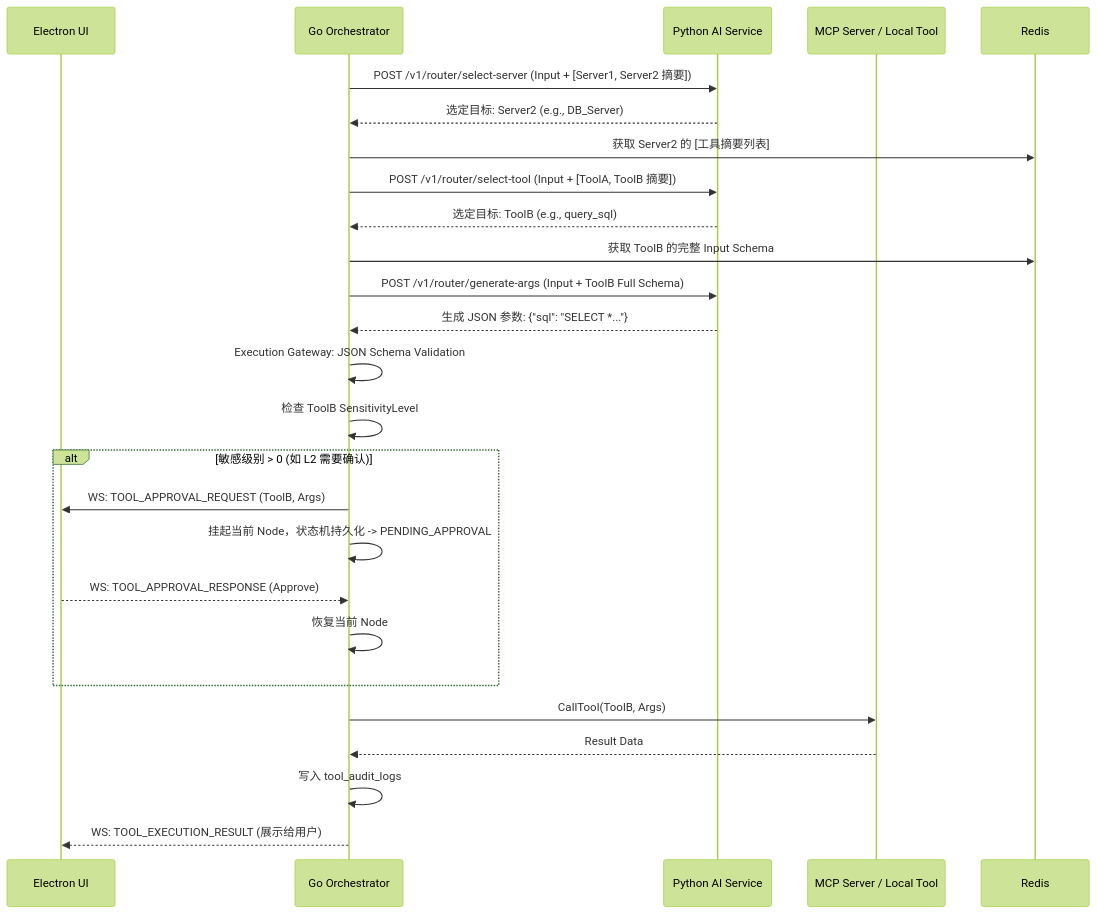
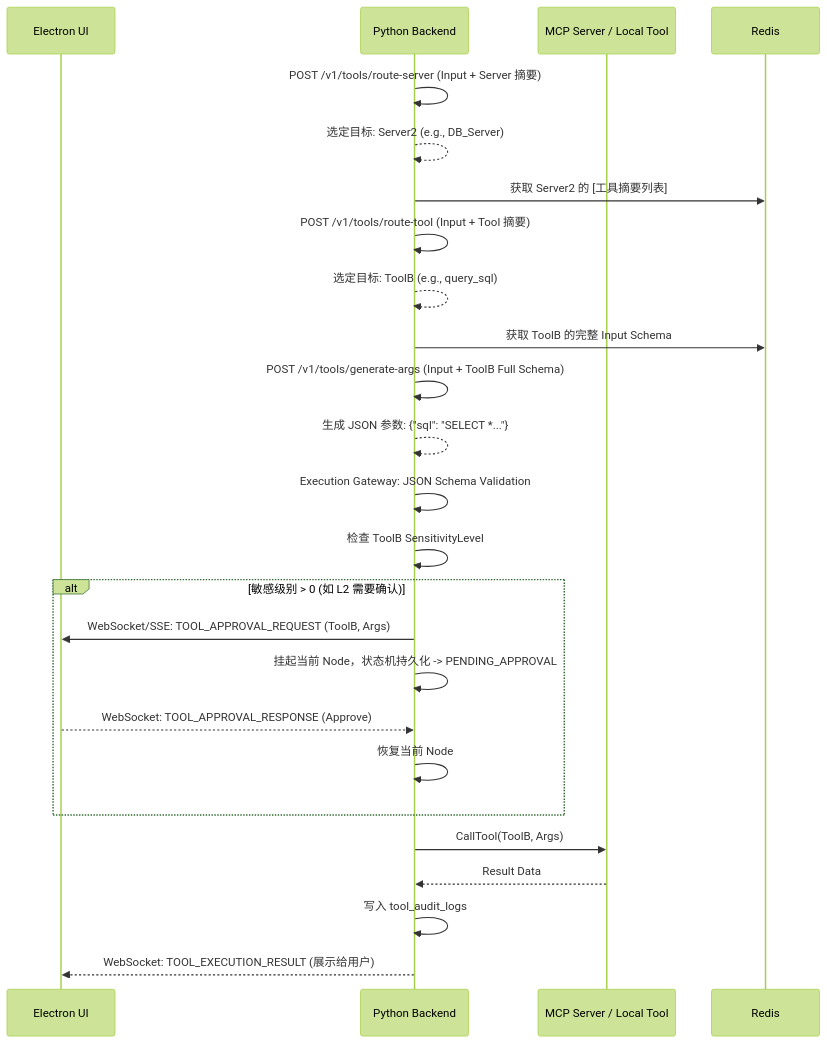
One commit to xie480/Luna-AI changed the second of 2 diagrams in backend/docs/system/工具协议与 MCP 能力接入方案.md. Above: the diagram before and after it, drawn with Mermaid (forest theme). The commit also changed other lines of this file and 14 other files, not shown here.

````diff
--- a/backend/docs/system/工具协议与 MCP 能力接入方案.md
+++ b/backend/docs/system/工具协议与 MCP 能力接入方案.md
@@ -113,38 +114,37 @@
 ```mermaid
 sequenceDiagram
     participant UI as Electron UI
-    participant Go as Go Orchestrator
-    participant Py as Python AI Service
+    participant Py as Python Backend
     participant MCP as MCP Server / Local Tool
 
     %% 阶段一：领域路由
-    Go->>Py: POST /v1/router/select-server (Input + [Server1, Server2 摘要])
-    Py-->>Go: 选定目标: Server2 (e.g., DB_Server)
+    Py->>Py: POST /v1/tools/route-server (Input + Server 摘要)
+    Py-->>Py: 选定目标: Server2 (e.g., DB_Server)
 
     %% 阶段二：工具匹配
-    Go->>Redis: 获取 Server2 的 [工具摘要列表]
-    Go->>Py: POST /v1/router/select-tool (Input + [ToolA, ToolB 摘要])
-    Py-->>Go: 选定目标: ToolB (e.g., query_sql)
+    Py->>Redis: 获取 Server2 的 [工具摘要列表]
+    Py->>Py: POST /v1/tools/route-tool (Input + Tool 摘要)
+    Py-->>Py: 选定目标: ToolB (e.g., query_sql)
 
     %% 阶段三：参数生成
-    Go->>Redis: 获取 ToolB 的完整 Input Schema
-    Go->>Py: POST /v1/router/generate-args (Input + ToolB Full Schema)
-    Py-->>Go: 生成 JSON 参数: {"sql": "SELECT *..."}
+    Py->>Redis: 获取 ToolB 的完整 Input Schema
+    Py->>Py: POST /v1/tools/generate-args (Input + ToolB Full Schema)
+    Py-->>Py: 生成 JSON 参数: {"sql": "SELECT *..."}
 
     %% 网关拦截与校验
-    Go->>Go: Execution Gateway: JSON Schema Validation
-    Go->>Go: 检查 ToolB SensitivityLevel
+    Py->>Py: Execution Gateway: JSON Schema Validation
+    Py->>Py: 检查 ToolB SensitivityLevel
 
     alt 敏感级别 > 0 (如 L2 需要确认)
-        Go->>UI: WS: TOOL_APPROVAL_REQUEST (ToolB, Args)
-        Go->>Go: 挂起当前 Node，状态机持久化 -> PENDING_APPROVAL
-        UI-->>Go: WS: TOOL_APPROVAL_RESPONSE (Approve)
-        Go->>Go: 恢复当前 Node
+        Py->>UI: WebSocket/SSE: TOOL_APPROVAL_REQUEST (ToolB, Args)
+        Py->>Py: 挂起当前 Node，状态机持久化 -> PENDING_APPROVAL
+        UI-->>Py: WebSocket: TOOL_APPROVAL_RESPONSE (Approve)
+        Py->>Py: 恢复当前 Node
     end
 
     %% 物理执行
-    Go->>MCP: CallTool(ToolB, Args)
-    MCP-->>Go: Result Data
-    Go->>Go: 写入 tool_audit_logs
-    Go-->>UI: WS: TOOL_EXECUTION_RESULT (展示给用户)
+    Py->>MCP: CallTool(ToolB, Args)
+    MCP-->>Py: Result Data
+    Py->>Py: 写入 tool_audit_logs
+    Py-->>UI: WebSocket: TOOL_EXECUTION_RESULT (展示给用户)
 ```
````
